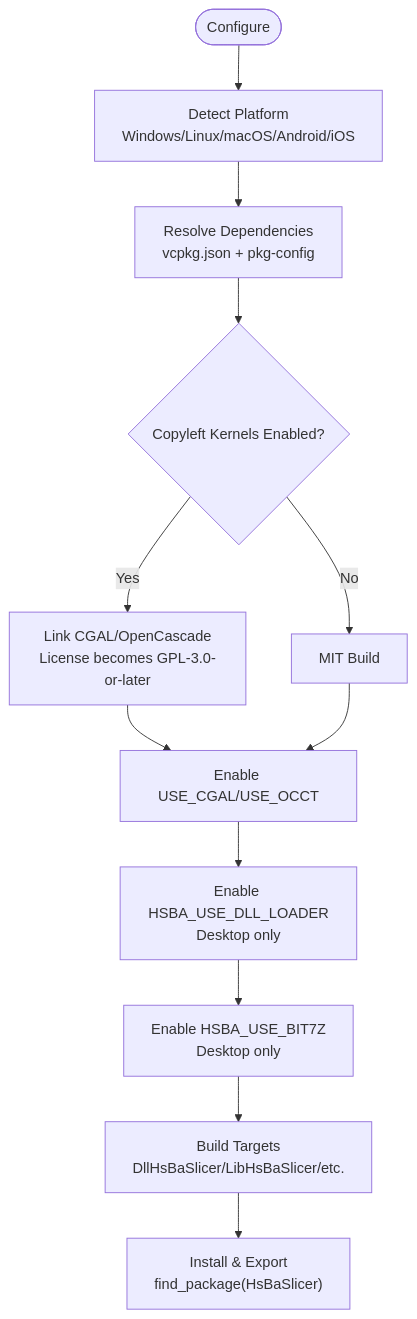
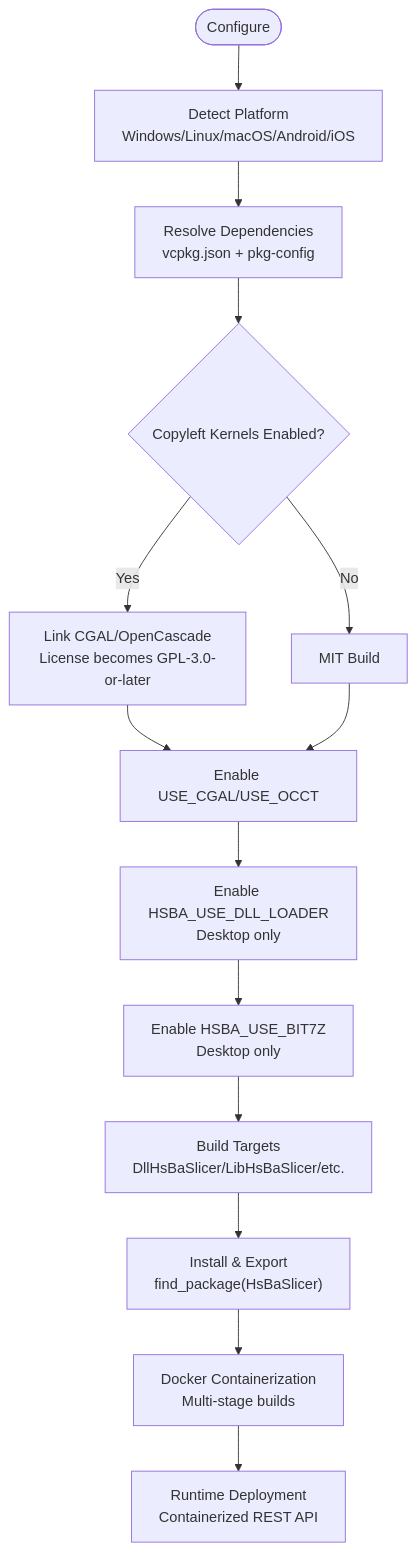
The third of 9 diagrams in .qoder/repowiki/en/content/Deployment Troubleshooting & FAQ.md (hsmbanlance/HsBaSlicer), drawn with Mermaid before and after one commit. The commit also changed other lines of this file and 101 other files, not shown here.

````diff
--- a/.qoder/repowiki/en/content/Deployment Troubleshooting & FAQ.md
+++ b/.qoder/repowiki/en/content/Deployment Troubleshooting & FAQ.md
@@ -117,14 +150,16 @@
 ```mermaid
 flowchart TD
 Start(["Configure"]) --> Detect["Detect Platform<br/>Windows/Linux/macOS/Android/iOS"]
 Detect --> Deps["Resolve Dependencies<br/>vcpkg.json + pkg-config"]
 Deps --> Copyleft{"Copyleft Kernels Enabled?"}
 Copyleft --> |Yes| LinkCopyleft["Link CGAL/OpenCascade<br/>License becomes GPL-3.0-or-later"]
 Copyleft --> |No| MITBuild["MIT Build"]
 LinkCopyleft --> Features["Enable USE_CGAL/USE_OCCT"]
 MITBuild --> Features
 Features --> Loader["Enable HSBA_USE_DLL_LOADER<br/>Desktop only"]
 Loader --> Compress["Enable HSBA_USE_BIT7Z<br/>Desktop only"]
 Compress --> Targets["Build Targets<br/>DllHsBaSlicer/LibHsBaSlicer/etc."]
 Targets --> Install["Install & Export<br/>find_package(HsBaSlicer)"]
+Install --> Docker["Docker Containerization<br/>Multi-stage builds"]
+Docker --> Runtime["Runtime Deployment<br/>Containerized REST API"]
 ```
````
